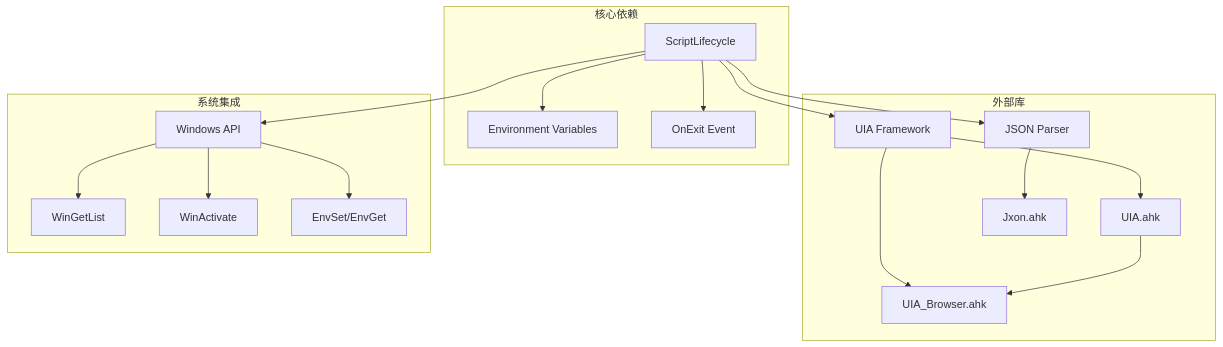
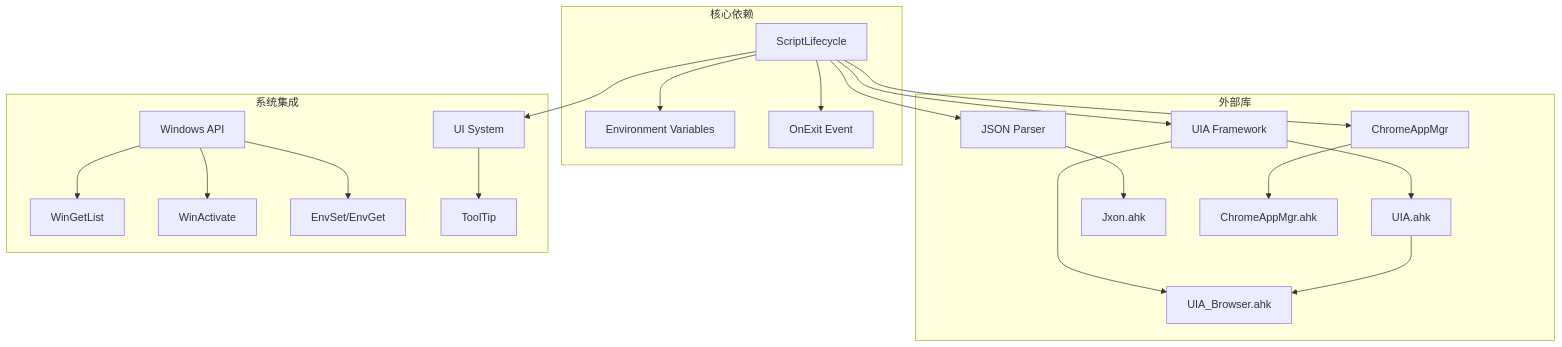
The fourth of 4 diagrams in .qoder/repowiki/zh/content/API参考/核心函数API/脚本生命周期管理函数.md (wangys-123doit/hotkey), drawn with Mermaid before and after one commit. The commit also changed other lines of this file and 9 other files, not shown here.

````diff
--- a/.qoder/repowiki/zh/content/API参考/核心函数API/脚本生命周期管理函数.md
+++ b/.qoder/repowiki/zh/content/API参考/核心函数API/脚本生命周期管理函数.md
@@ -353,21 +390,24 @@
 ```mermaid
 graph TB
 subgraph "核心依赖"
 A[ScriptLifecycle] --> B[Environment Variables]
 A --> C[OnExit Event]
 end
 subgraph "外部库"
 D[UIA Framework] --> E[UIA.ahk]
 D --> F[UIA_Browser.ahk]
 G[JSON Parser] --> H[Jxon.ahk]
+I[ChromeAppMgr] --> J[ChromeAppMgr.ahk]
 end
 subgraph "系统集成"
-I[Windows API] --> J[WinGetList]
-I --> K[WinActivate]
-I --> L[EnvSet/EnvGet]
+K[Windows API] --> L[WinGetList]
+K --> M[WinActivate]
+K --> N[EnvSet/EnvGet]
+O[UI System] --> P[ToolTip]
 end
 A --> D
 A --> G
 A --> I
+A --> O
 E --> F
 ```
````
